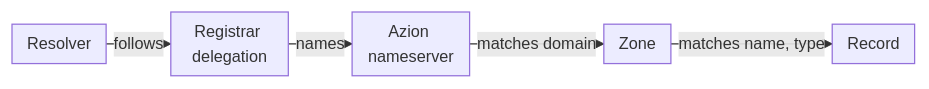
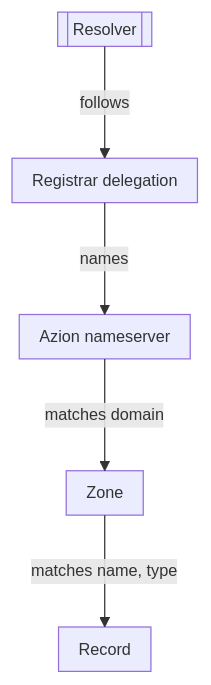
Before and after one commit to aziontech/docs: the diagram in apps/docs/src/content/docs/en/pages/main-menu/reference/secure/edge-dns/edge-dns.mdx, drawn with Mermaid. The commit also changed 179 other files, not shown here.

Commit message:
docs(diagrams): redraw every other diagram in the use-case diagram style (#2513)

````diff
--- a/apps/docs/src/content/docs/en/pages/main-menu/reference/secure/edge-dns/edge-dns.mdx
+++ b/apps/docs/src/content/docs/en/pages/main-menu/reference/secure/edge-dns/edge-dns.mdx
@@ -50,8 +50,8 @@
 ```mermaid
-%%{init: {"layout": "dagre", "themeVariables": {"fontSize": "13px"}, "flowchart": {"nodeSpacing": 12, "rankSpacing": 12, "padding": 6, "wrappingWidth": 70, "minNodeWidth": 40, "useMaxWidth": true}}}%%
-flowchart LR
-  Res["Resolver"] -->|"follows"| Del["Registrar delegation"]
+%%{init: {"layout": "elk", "themeVariables": {"fontSize": "13px"}, "flowchart": {"nodeSpacing": 24, "rankSpacing": 36, "padding": 8, "wrappingWidth": 150, "useMaxWidth": true}, "sequence": {"width": 120, "actorMargin": 30, "useMaxWidth": true}}}%%
+flowchart TD
+  Res[["Resolver"]] -->|"follows"| Del["Registrar delegation"]
   Del -->|"names"| Ns["Azion nameserver"]
   Ns -->|"matches domain"| Zone["Zone"]
   Zone -->|"matches name, type"| Rec["Record"]
 ```
````
